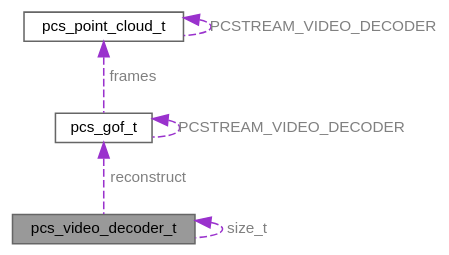
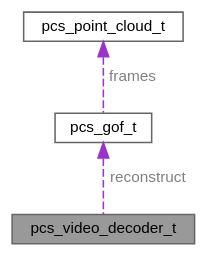
One commit to QuangNguyenLong/pcstream changed the diagram in structpcs__video__decoder__t__coll__graph.dot. Above: the diagram before and after it, drawn with Graphviz. The commit also changed 100 other files, not shown here.

```diff
--- a/structpcs__video__decoder__t__coll__graph.dot
+++ b/structpcs__video__decoder__t__coll__graph.dot
@@ -1,15 +1,12 @@
 digraph "pcs_video_decoder_t"
 {
  // LATEX_PDF_SIZE
   bgcolor="transparent";
   edge [fontname=Helvetica,fontsize=10,labelfontname=Helvetica,labelfontsize=10];
   node [fontname=Helvetica,fontsize=10,shape=box,height=0.2,width=0.4];
   Node1 [id="Node000001",label="pcs_video_decoder_t",height=0.2,width=0.4,color="gray40", fillcolor="grey60", style="filled", fontcolor="black",tooltip=" "];
   Node2 -> Node1 [id="edge1_Node000001_Node000002",dir="back",color="darkorchid3",style="dashed",tooltip=" ",label=" reconstruct",fontcolor="grey" ];
   Node2 [id="Node000002",label="pcs_gof_t",height=0.2,width=0.4,color="gray40", fillcolor="white", style="filled",URL="$structpcs__gof__t.html",tooltip="Structure represents a group of frames."];
   Node3 -> Node2 [id="edge2_Node000002_Node000003",dir="back",color="darkorchid3",style="dashed",tooltip=" ",label=" frames",fontcolor="grey" ];
   Node3 [id="Node000003",label="pcs_point_cloud_t",height=0.2,width=0.4,color="gray40", fillcolor="white", style="filled",URL="$structpcs__point__cloud__t.html",tooltip=" "];
-  Node3 -> Node3 [id="edge3_Node000003_Node000003",dir="back",color="darkorchid3",style="dashed",tooltip=" ",label=" PCSTREAM_VIDEO_DECODER",fontcolor="grey" ];
-  Node2 -> Node2 [id="edge4_Node000002_Node000002",dir="back",color="darkorchid3",style="dashed",tooltip=" ",label=" PCSTREAM_VIDEO_DECODER",fontcolor="grey" ];
-  Node1 -> Node1 [id="edge5_Node000001_Node000001",dir="back",color="darkorchid3",style="dashed",tooltip=" ",label=" size_t",fontcolor="grey" ];
 }
```
